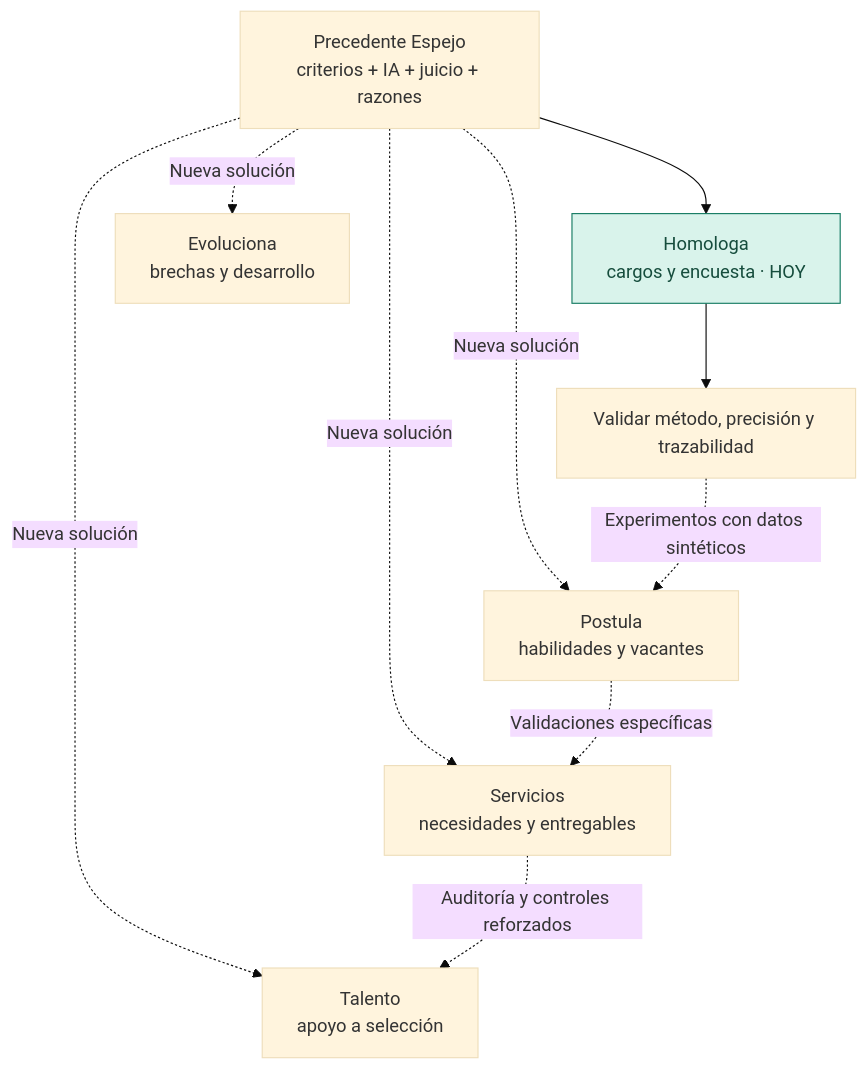
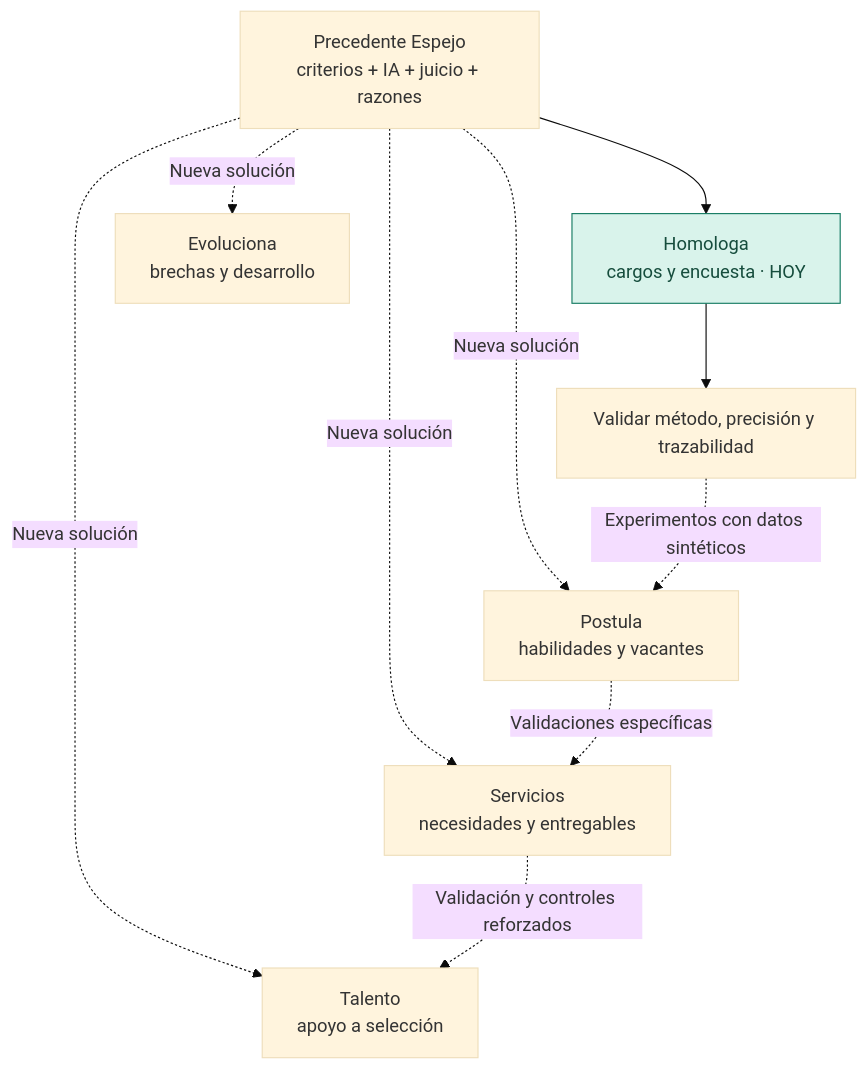
The second of 2 diagrams in docs/general/04-vision-de-plataforma.md (NicoCG32/Espejo-Homologa), drawn with Mermaid (base theme) before and after one commit. The commit also changed other lines of this file and 19 other files, not shown here.

````diff
--- a/docs/general/04-vision-de-plataforma.md
+++ b/docs/general/04-vision-de-plataforma.md
@@ -88,14 +77,14 @@
 ```mermaid
 flowchart TD
     CORE["Precedente Espejo<br/>criterios + IA + juicio + razones"] --> H["Homologa<br/>cargos y encuesta · HOY"]
     CORE -. "Nueva solución" .-> P["Postula<br/>habilidades y vacantes"]
     CORE -. "Nueva solución" .-> F["Servicios<br/>necesidades y entregables"]
     CORE -. "Nueva solución" .-> M["Talento<br/>apoyo a selección"]
     CORE -. "Nueva solución" .-> E["Evoluciona<br/>brechas y desarrollo"]
     H --> V["Validar método, precisión y trazabilidad"]
     V -. "Experimentos con datos sintéticos" .-> P
     P -. "Validaciones específicas" .-> F
-    F -. "Auditoría y controles reforzados" .-> M
+    F -. "Validación y controles reforzados" .-> M
     classDef live fill:#D9F3EB,stroke:#167B63,color:#164D3D;
     class H live;
 ```
````
